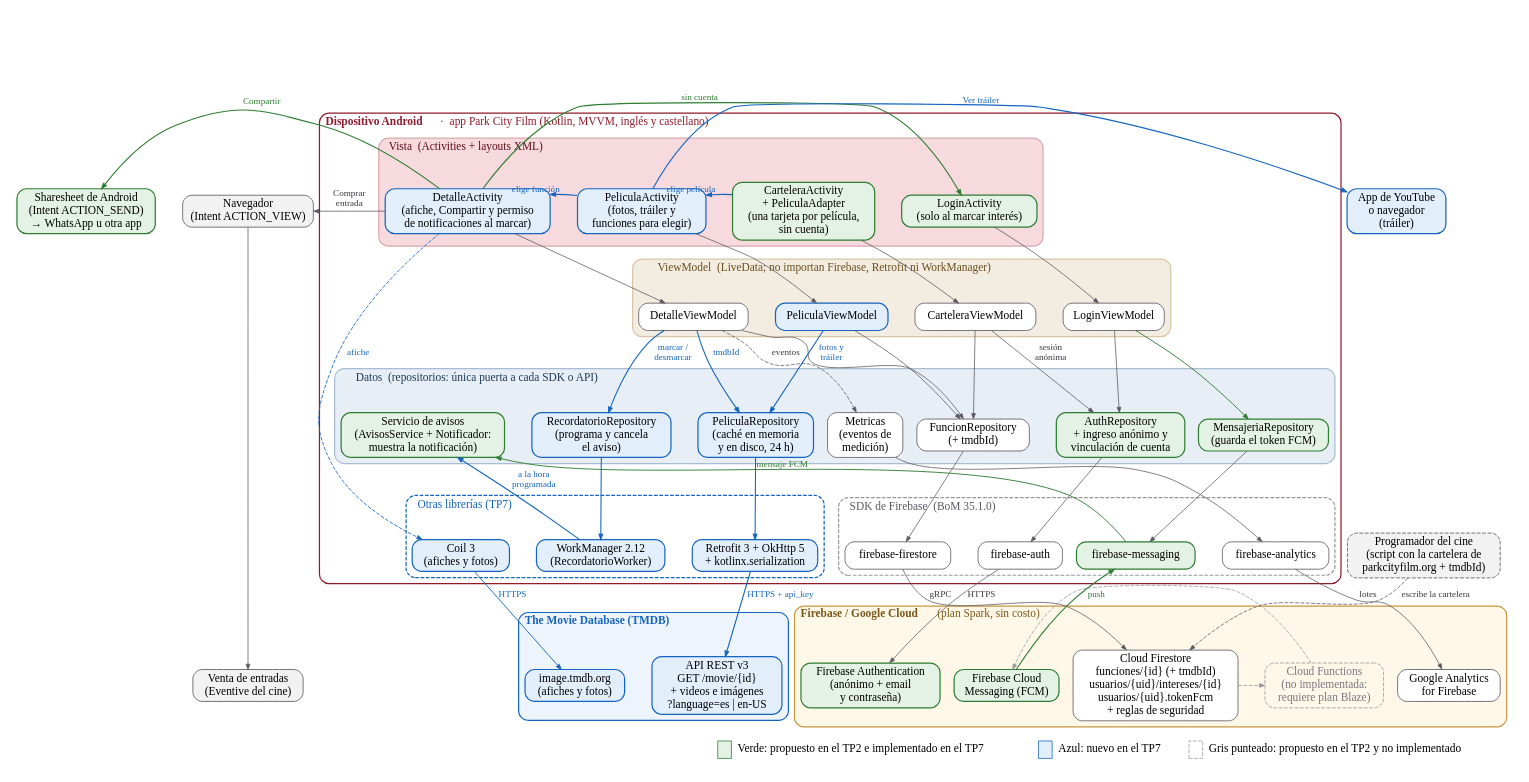
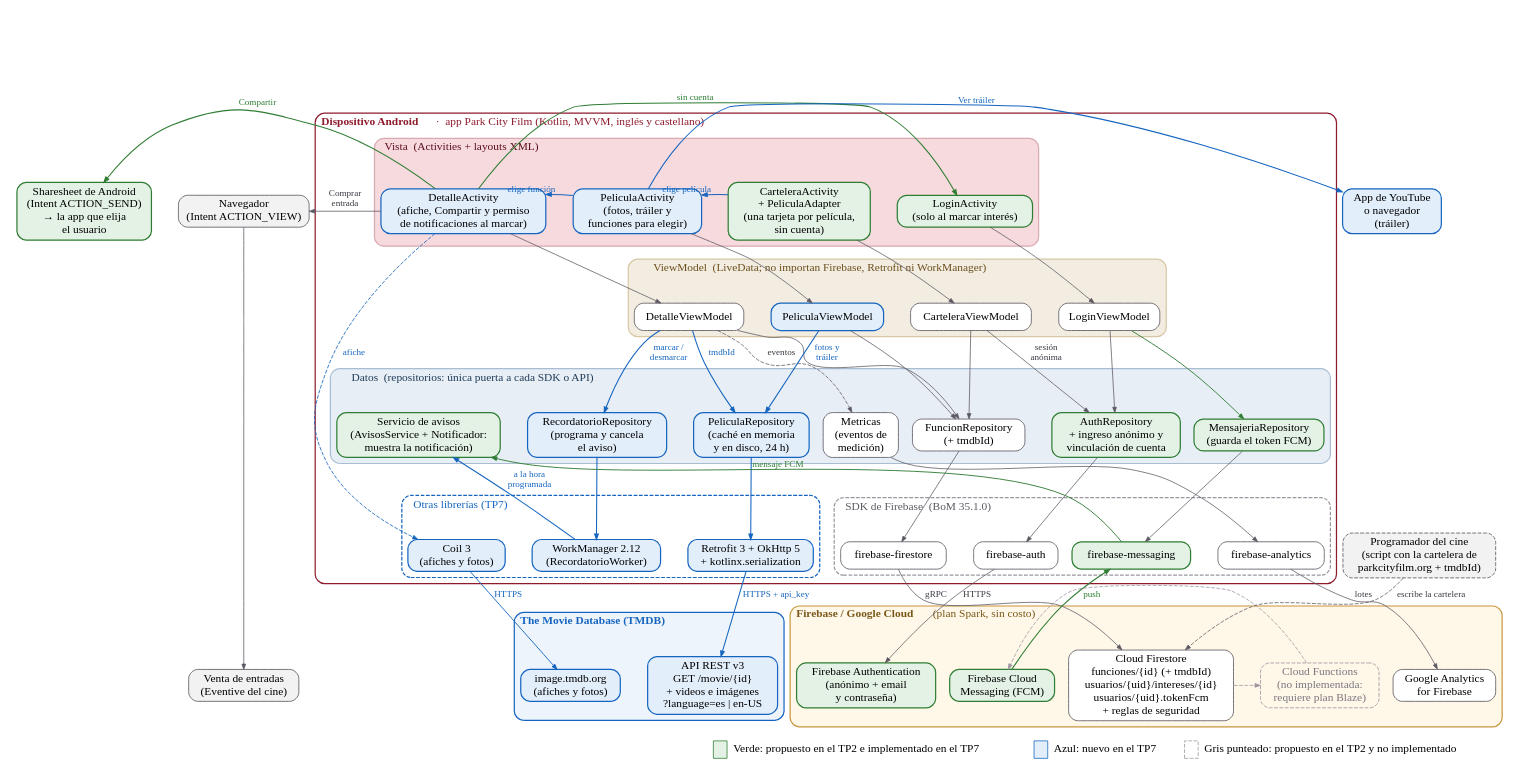
One commit to 4ndr35py/ArqMov_Cartelera changed the diagram in diagramas/arquitectura_v3.dot. Above: the diagram before and after it, drawn with Graphviz. The commit also changed 5 other files, not shown here.

Commit message:
TP7: compartir sin atarse a una app de mensajería en textos y diagrama

```diff
--- a/diagramas/arquitectura_v3.dot
+++ b/diagramas/arquitectura_v3.dot
@@ -1,114 +1,114 @@
 // Figura del TP7: parte de la Figura 2 del TP2 (arquitectura_v2.dot).
 // Verde: propuesto en el TP2 e implementado en el TP7.
 // Azul: nuevo en el TP7.  Gris punteado: propuesto en el TP2 y no implementado.
 digraph G {
   graph [rankdir=TB, fontname="Calibri", fontsize=15, nodesep=0.25, ranksep=0.45, pad=0.2, compound=true, newrank=true, bgcolor="white", labelloc=b, labeljust=r,
          label=<<table border="0" cellspacing="6" cellpadding="2"><tr>
            <td bgcolor="#E3F2E5" border="1" color="#2E7D32" width="18"> </td><td align="left"><font point-size="15">Verde: propuesto en el TP2 e implementado en el TP7</font></td>
            <td width="12"> </td>
            <td bgcolor="#E3EEFB" border="1" color="#1565C0" width="18"> </td><td align="left"><font point-size="15">Azul: nuevo en el TP7</font></td>
            <td width="12"> </td>
            <td border="1" color="#9a96a0" style="dashed" width="18"> </td><td align="left"><font point-size="15">Gris punteado: propuesto en el TP2 y no implementado</font></td>
          </tr></table>>];
   node  [shape=box, style="rounded,filled", fontname="Calibri", fontsize=15, color="#5c5862", fillcolor="white", penwidth=1.1, margin="0.12,0.06"];
   edge  [fontname="Calibri", fontsize=12, color="#5c5862", arrowsize=0.7, fontcolor="#3a3740"];
 
-  share [label="Sharesheet de Android\n(Intent ACTION_SEND)\n→ WhatsApp u otra app", fillcolor="#E3F2E5", color="#2E7D32", penwidth=1.6];
+  share [label="Sharesheet de Android\n(Intent ACTION_SEND)\n→ la app que elija\nel usuario", fillcolor="#E3F2E5", color="#2E7D32", penwidth=1.6];
   nav   [label="Navegador\n(Intent ACTION_VIEW)", fillcolor="#F2F2F2"];
 
   subgraph cluster_disp {
     label=<<b>Dispositivo Android</b>  ·  app Park City Film (Kotlin, MVVM, inglés y castellano)>; labeljust=l; labelloc=t; style="rounded"; color="#8E1B2C"; penwidth=1.6; fontcolor="#8E1B2C";
 
     subgraph cluster_view {
       label="Vista  (Activities + layouts XML)"; labeljust=l; labelloc=t; style="rounded,filled"; fillcolor="#F6DADD"; color="#d9a9b0"; fontcolor="#5E0F1C";
       det   [label="DetalleActivity\n(afiche, Compartir y permiso\nde notificaciones al marcar)", fillcolor="#E3EEFB", color="#1565C0", penwidth=1.6];
       cart  [label="CarteleraActivity\n+ PeliculaAdapter\n(una tarjeta por película,\nsin cuenta)", fillcolor="#E3F2E5", color="#2E7D32", penwidth=1.6];
       pel   [label="PeliculaActivity\n(fotos, tráiler y\nfunciones para elegir)", fillcolor="#E3EEFB", color="#1565C0", penwidth=1.6];
       login [label="LoginActivity\n(solo al marcar interés)", fillcolor="#E3F2E5", color="#2E7D32", penwidth=1.6];
     }
     subgraph cluster_vm {
       label="ViewModel  (LiveData; no importan Firebase, Retrofit ni WorkManager)"; labeljust=l; labelloc=t; style="rounded,filled"; fillcolor="#F3ECE0"; color="#d8c7a6"; fontcolor="#6b4f1d";
       dvm [label="DetalleViewModel"]; pvm [label="PeliculaViewModel", fillcolor="#E3EEFB", color="#1565C0", penwidth=1.6]; cvm [label="CarteleraViewModel"]; lvm [label="LoginViewModel"];
     }
     subgraph cluster_data {
       label="Datos  (repositorios: única puerta a cada SDK o API)"; labeljust=l; labelloc=t; style="rounded,filled"; fillcolor="#E7EEF5"; color="#a9bdd2"; fontcolor="#1f3b57";
       rr  [label="RecordatorioRepository\n(programa y cancela\nel aviso)", fillcolor="#E3EEFB", color="#1565C0", penwidth=1.6];
       pr  [label="PeliculaRepository\n(caché en memoria\ny en disco, 24 h)", fillcolor="#E3EEFB", color="#1565C0", penwidth=1.6];
       met [label="Metricas\n(eventos de\nmedición)"];
       fr  [label="FuncionRepository\n(+ tmdbId)"];
       ar  [label="AuthRepository\n+ ingreso anónimo y\nvinculación de cuenta", fillcolor="#E3F2E5", color="#2E7D32", penwidth=1.6];
       mr  [label="MensajeriaRepository\n(guarda el token FCM)", fillcolor="#E3F2E5", color="#2E7D32", penwidth=1.6];
       aviso [label="Servicio de avisos\n(AvisosService + Notificador:\nmuestra la notificación)", fillcolor="#E3F2E5", color="#2E7D32", penwidth=1.6];
     }
     subgraph cluster_libs {
       label="Otras librerías (TP7)"; labeljust=l; labelloc=t; style="rounded,dashed"; color="#1565C0"; fontcolor="#1565C0";
       work  [label="WorkManager 2.12\n(RecordatorioWorker)", fillcolor="#E3EEFB", color="#1565C0", penwidth=1.6];
       retro [label="Retrofit 3 + OkHttp 5\n+ kotlinx.serialization", fillcolor="#E3EEFB", color="#1565C0", penwidth=1.6];
       coil  [label="Coil 3\n(afiches y fotos)", fillcolor="#E3EEFB", color="#1565C0", penwidth=1.6];
     }
     subgraph cluster_sdk {
       label="SDK de Firebase  (BoM 35.1.0)"; labeljust=l; labelloc=t; style="rounded,dashed"; color="#9a96a0"; fontcolor="#5c5862";
       san [label="firebase-analytics"]; sfs [label="firebase-firestore"]; sauth [label="firebase-auth"];
       smsg [label="firebase-messaging", fillcolor="#E3F2E5", color="#2E7D32", penwidth=1.6];
     }
   }
 
   subgraph cluster_tmdb {
     label=<<b>The Movie Database (TMDB)</b>>; labeljust=l; labelloc=t; style="rounded,filled"; fillcolor="#EEF4FC"; color="#1565C0"; penwidth=1.6; fontcolor="#1565C0";
     tapi [label="API REST v3\nGET /movie/{id}\n+ videos e imágenes\n?language=es | en-US", fillcolor="#E3EEFB", color="#1565C0", penwidth=1.6];
     timg [label="image.tmdb.org\n(afiches y fotos)", fillcolor="#E3EEFB", color="#1565C0", penwidth=1.6];
   }
   subgraph cluster_cloud {
     label=<<b>Firebase / Google Cloud</b>  (plan Spark, sin costo)>; labeljust=l; labelloc=t; style="rounded,filled"; fillcolor="#FFF8E8"; color="#C8963E"; penwidth=1.6; fontcolor="#7a5719";
     fan   [label="Google Analytics\nfor Firebase"];
     ffs   [label="Cloud Firestore\nfunciones/{id} (+ tmdbId)\nusuarios/{uid}/intereses/{id}\nusuarios/{uid}.tokenFcm\n+ reglas de seguridad"];
     fauth [label="Firebase Authentication\n(anónimo + email\ny contraseña)", fillcolor="#E3F2E5", color="#2E7D32", penwidth=1.6];
     fcm   [label="Firebase Cloud\nMessaging (FCM)", fillcolor="#E3F2E5", color="#2E7D32", penwidth=1.6];
     fun   [label="Cloud Functions\n(no implementada:\nrequiere plan Blaze)", style="rounded,dashed", color="#9a96a0", fontcolor="#7a7680", fillcolor="white"];
   }
   yt    [label="App de YouTube\no navegador\n(tráiler)", fillcolor="#E3EEFB", color="#1565C0", penwidth=1.6];
   venta [label="Venta de entradas\n(Eventive del cine)", fillcolor="#F2F2F2"];
   op    [label="Programador del cine\n(script con la cartelera de\nparkcityfilm.org + tmdbId)", style="rounded,filled,dashed", fillcolor="#F2F2F2"];
 
   // ---- filas y orden horizontal ----
   {rank=same; share; nav; det; pel; cart; login; yt}
   {rank=same; dvm; pvm; cvm; lvm}
   {rank=same; aviso; rr; pr; fr; ar; met; mr}
   {rank=same; coil; work; retro; sfs; sauth; san; smsg; op}
     {rank=same; venta; timg; tapi; ffs; fauth; fan; fcm; fun}
   share -> nav -> det -> pel -> cart -> login -> yt [style=invis];
   dvm -> pvm -> cvm -> lvm [style=invis];
   aviso -> rr -> pr -> fr -> ar -> met -> mr [style=invis];
   coil -> work -> retro -> sfs -> sauth -> san -> smsg -> op [style=invis];
   venta -> timg -> tapi -> ffs -> fauth -> fan -> fcm -> fun [style=invis];
   // columnas
   nav -> venta [weight=3];
   met -> san [weight=8]; fr -> sfs [weight=8]; ar -> sauth [weight=8]; mr -> smsg [weight=8];
   rr -> work [weight=8, color="#1565C0", penwidth=1.4];
   pr -> retro [weight=8, color="#1565C0", penwidth=1.4];
   retro -> tapi [weight=8, label=" HTTPS + api_key", color="#1565C0", fontcolor="#1565C0", penwidth=1.4];
   coil -> timg [weight=8, label=" HTTPS", color="#1565C0", fontcolor="#1565C0", penwidth=1.2];
   san -> fan [weight=8, label=" lotes"]; sfs -> ffs [weight=8, label=" gRPC"]; sauth -> fauth [weight=8, label=" HTTPS"];
   smsg -> fcm [weight=8, dir=back, label=" push", color="#2E7D32", fontcolor="#2E7D32", penwidth=1.4];
   work -> aviso [weight=4, label=" a la hora\n programada", color="#1565C0", fontcolor="#1565C0", penwidth=1.4];
   aviso -> smsg [dir=back, weight=0, xlabel="mensaje FCM", color="#2E7D32", fontcolor="#2E7D32", penwidth=1.2, constraint=false];
 
   // ---- relaciones ----
   det -> dvm; cart -> cvm; login -> lvm; pel -> pvm;
   cart -> pel [color="#1565C0", penwidth=1.4, xlabel="elige película", fontcolor="#1565C0", constraint=false];
   pel -> det [color="#1565C0", penwidth=1.4, xlabel="elige función", fontcolor="#1565C0", constraint=false];
   pel -> yt [color="#1565C0", penwidth=1.4, xlabel="Ver tráiler", fontcolor="#1565C0", constraint=false];
   pvm -> pr [color="#1565C0", penwidth=1.4, label=" fotos y\n tráiler", fontcolor="#1565C0"]; pvm -> fr;
   det -> share [label=" Compartir", color="#2E7D32", fontcolor="#2E7D32", penwidth=1.4];
   nav -> det [dir=back, label=" Comprar\n entrada"];
   det -> login [color="#2E7D32", penwidth=1.4, xlabel="sin cuenta", fontcolor="#2E7D32", constraint=false];
   dvm -> rr [color="#1565C0", penwidth=1.4, label=" marcar /\n desmarcar", fontcolor="#1565C0"];
   dvm -> pr [color="#1565C0", penwidth=1.4, label=" tmdbId", fontcolor="#1565C0"];
   dvm -> met [style=dashed, label=" eventos"];
   dvm -> fr; cvm -> fr; cvm -> ar [label=" sesión\n anónima"]; lvm -> ar;
   lvm -> mr [color="#2E7D32", penwidth=1.2];
   det -> coil [color="#1565C0", style=dashed, penwidth=1.1, label=" afiche", fontcolor="#1565C0"];
   ffs -> fun [style=dashed, color="#9a96a0", constraint=false];
   fun -> fcm [style=dashed, color="#9a96a0", constraint=false];
   op -> ffs [style=dashed, label=" escribe la cartelera"];
 }
```
